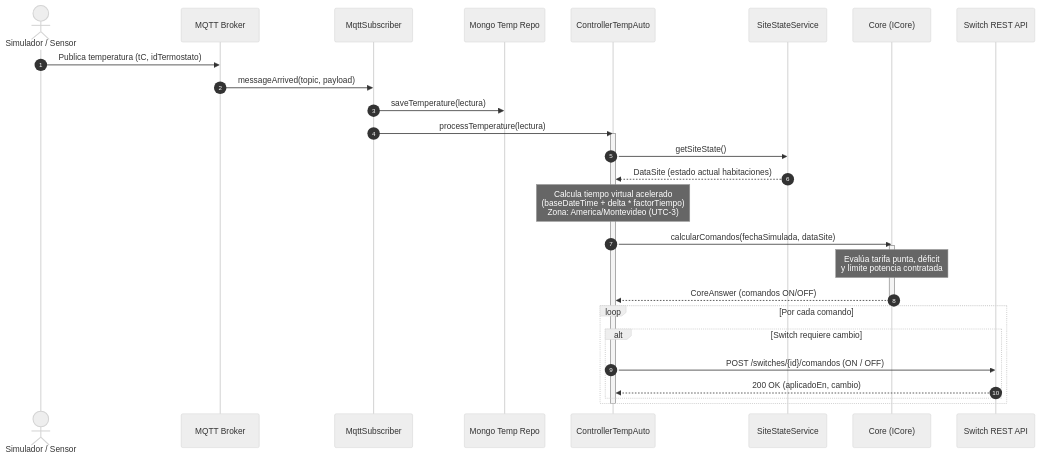
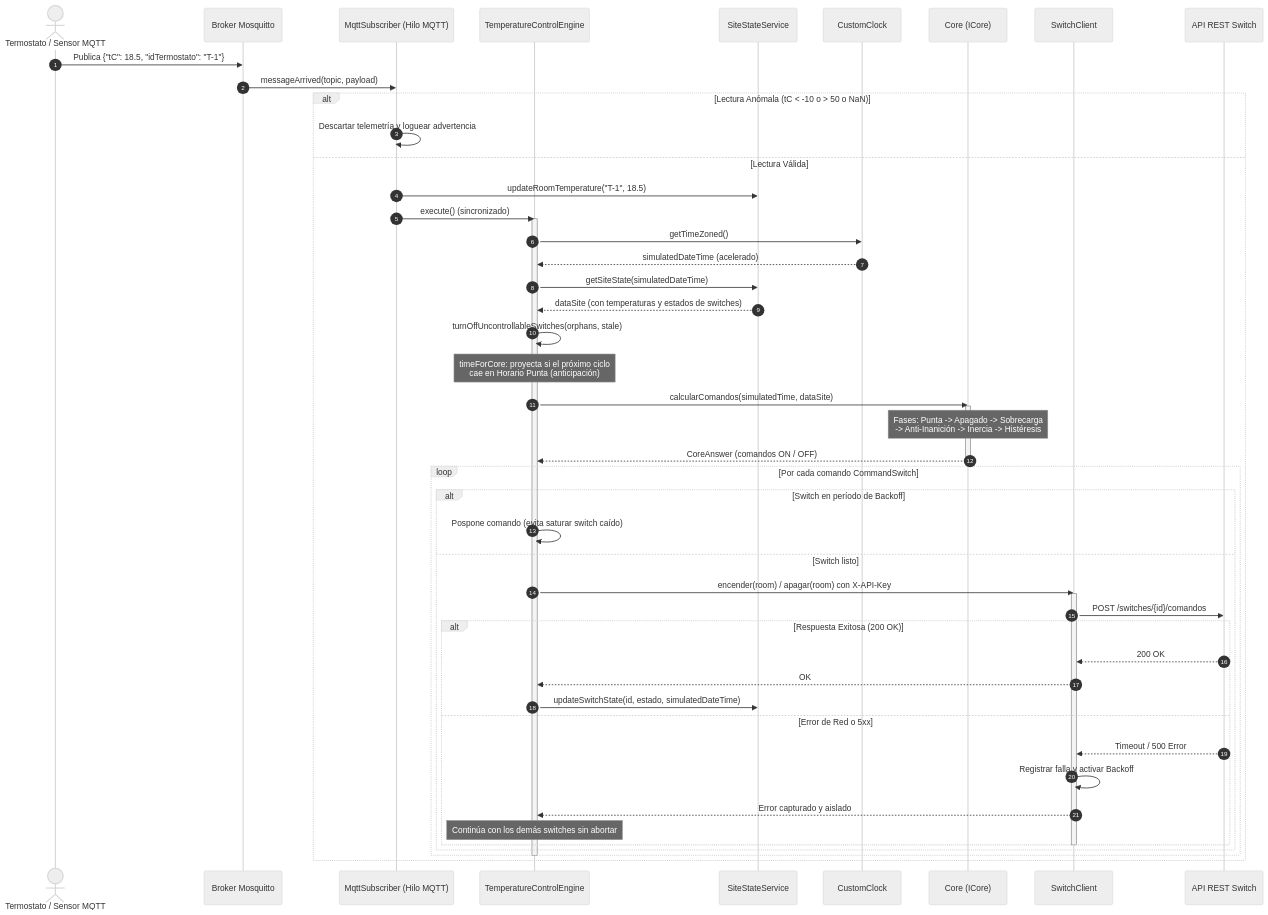
Before and after one commit to walterlarrea/IISS-2026-grupo-2: the second of 7 diagrams in docs/arquitectura/4mas1.md, drawn with Mermaid (neutral theme). The commit also changed other lines of this file, not shown here.

````diff
--- a/docs/arquitectura/4mas1.md
+++ b/docs/arquitectura/4mas1.md
@@ -110,33 +130,61 @@
 ```mermaid
 sequenceDiagram
     autonumber
-    actor Sensor as Simulador / Sensor
-    participant Broker as MQTT Broker
-    participant MqttSub as MqttSubscriber
-    participant Repo as Mongo Temp Repo
-    participant Engine as ControllerTempAuto
+    actor Sensor as Termostato / Sensor MQTT
+    participant Broker as Broker Mosquitto
+    participant MqttSub as MqttSubscriber (Hilo MQTT)
+    participant Engine as TemperatureControlEngine
     participant State as SiteStateService
+    participant Clock as CustomClock
     participant Core as Core (ICore)
-    participant Switch as Switch REST API
-    Sensor ->> Broker: Publica temperatura (tC, idTermostato)
+    participant SwitchCli as SwitchClient
+    participant SwitchAPI as API REST Switch
+
+    Sensor ->> Broker: Publica {"tC": 18.5, "idTermostato": "T-1"}
     Broker ->> MqttSub: messageArrived(topic, payload)
-    MqttSub ->> Repo: saveTemperature(lectura)
-    MqttSub ->> Engine: processTemperature(lectura)
-    activate Engine
-    Engine ->> State: getSiteState()
-    State -->> Engine: DataSite (estado actual habitaciones)
-    Note over Engine: Calcula tiempo virtual acelerado<br/>(baseDateTime + delta * factorTiempo)<br/>Zona: America/Montevideo (UTC-3)
-    Engine ->> Core: calcularComandos(fechaSimulada, dataSite)
-    activate Core
-    Note over Core: Evalúa tarifa punta, déficit<br/>y límite potencia contratada
-    Core -->> Engine: CoreAnswer (comandos ON/OFF)
-    deactivate Core
-
-    loop Por cada comando
-        alt Switch requiere cambio
-            Engine ->> Switch: POST /switches/{id}/comandos (ON / OFF)
-            Switch -->> Engine: 200 OK (aplicadoEn, cambio)
+    
+    alt Lectura Anómala (tC < -10 o > 50 o NaN)
+        MqttSub ->> MqttSub: Descartar telemetría y loguear advertencia
+    else Lectura Válida
+        MqttSub ->> State: updateRoomTemperature("T-1", 18.5)
+        MqttSub ->> Engine: execute() (sincronizado)
+        activate Engine
+        
+        Engine ->> Clock: getTimeZoned()
+        Clock -->> Engine: simulatedDateTime (acelerado)
+        
+        Engine ->> State: getSiteState(simulatedDateTime)
+        State -->> Engine: dataSite (con temperaturas y estados de switches)
+        
+        Engine ->> Engine: turnOffUncontrollableSwitches(orphans, stale)
+        Note over Engine: timeForCore: proyecta si el próximo ciclo<br/>cae en Horario Punta (anticipación)
+        
+        Engine ->> Core: calcularComandos(simulatedTime, dataSite)
+        activate Core
+        Note over Core: Fases: Punta -> Apagado -> Sobrecarga<br/>-> Anti-Inanición -> Inercia -> Histéresis
+        Core -->> Engine: CoreAnswer (comandos ON / OFF)
+        deactivate Core
+        
+        loop Por cada comando CommandSwitch
+            alt Switch en período de Backoff
+                Engine ->> Engine: Pospone comando (evita saturar switch caído)
+            else Switch listo
+                Engine ->> SwitchCli: encender(room) / apagar(room) con X-API-Key
+                activate SwitchCli
+                SwitchCli ->> SwitchAPI: POST /switches/{id}/comandos
+                alt Respuesta Exitosa (200 OK)
+                    SwitchAPI -->> SwitchCli: 200 OK
+                    SwitchCli -->> Engine: OK
+                    Engine ->> State: updateSwitchState(id, estado, simulatedDateTime)
+                else Error de Red o 5xx
+                    SwitchAPI -->> SwitchCli: Timeout / 500 Error
+                    SwitchCli ->> SwitchCli: Registrar falla y activar Backoff
+                    SwitchCli -->> Engine: Error capturado y aislado
+                    Note over Engine: Continúa con los demás switches sin abortar
+                end
+                deactivate SwitchCli
+            end
         end
+        deactivate Engine
     end
-    deactivate Engine
 ```
````
